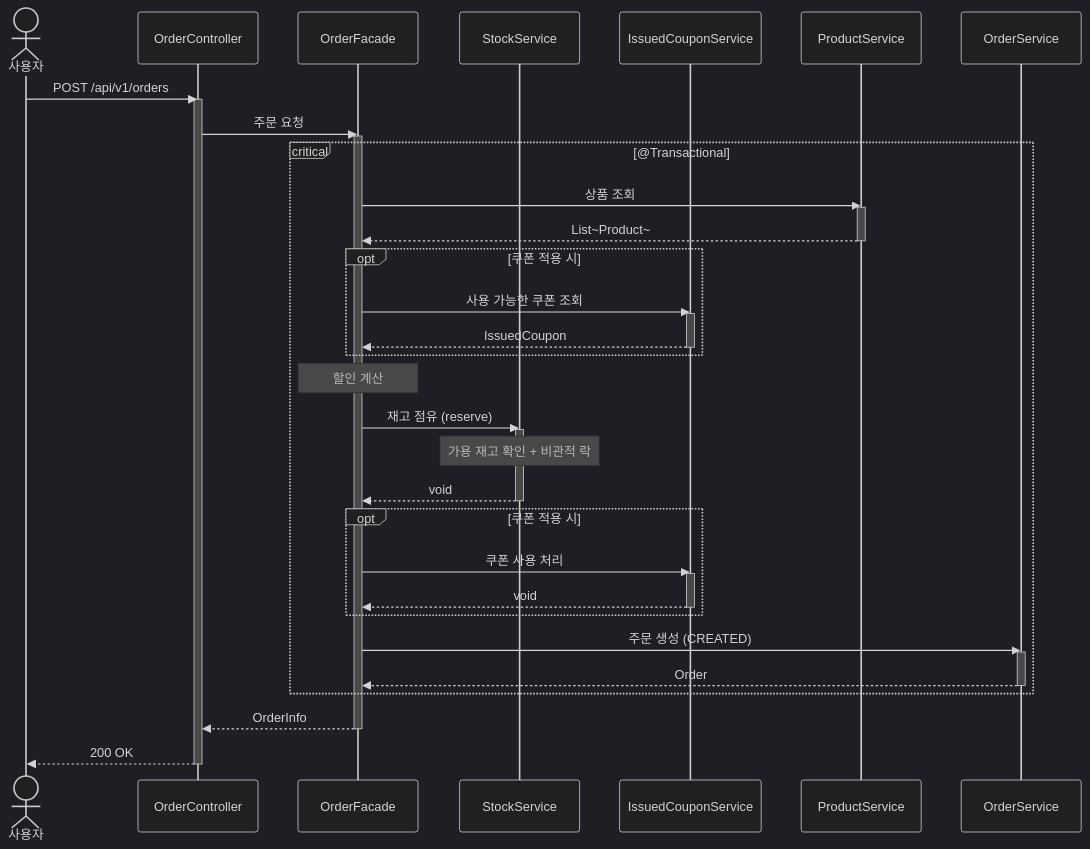
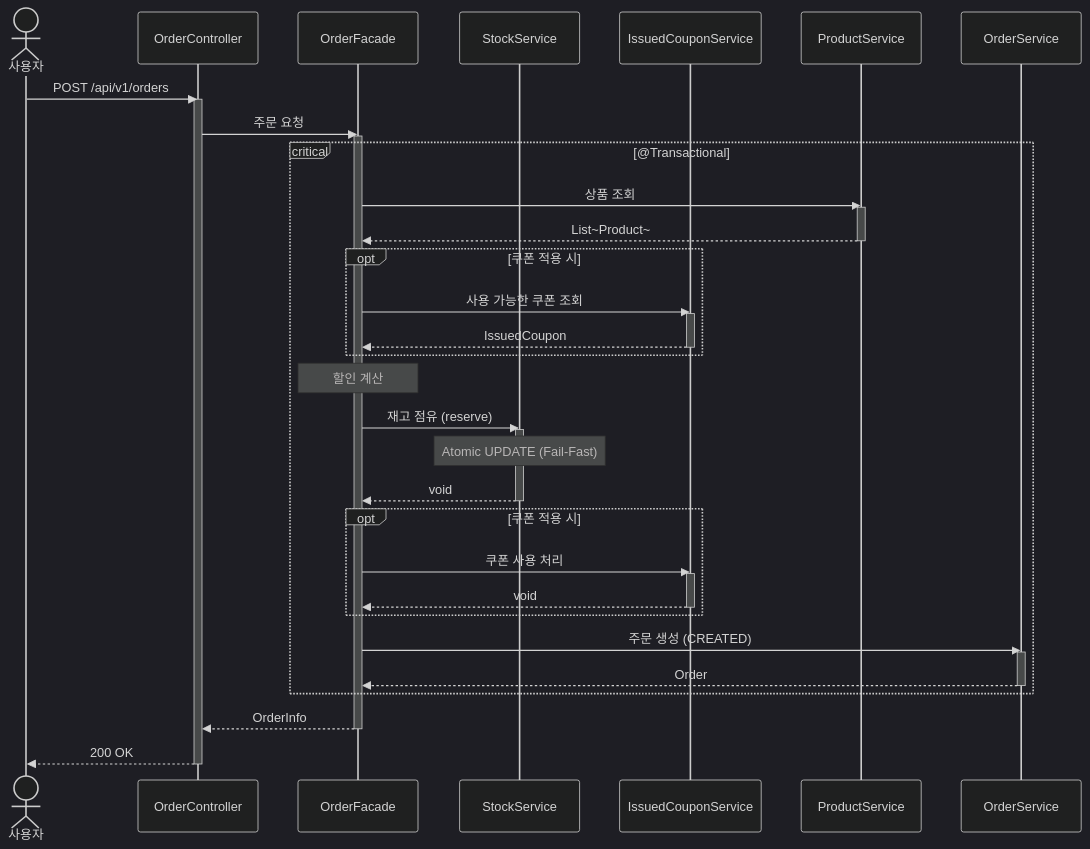
The diagram in docs/design/stock/sequences/001-stock-reserve-confirm.md (Loopers-dev-lab/loop-pack-be-l2-vol3-java), drawn with Mermaid (dark theme) before and after one commit. The commit also changed other lines of this file and 12 other files, not shown here.

First line of the commit message:
refactor: Stock 동시성 제어를 비관적 락에서 Atomic UPDATE로 전환

````diff
--- a/docs/design/stock/sequences/001-stock-reserve-confirm.md
+++ b/docs/design/stock/sequences/001-stock-reserve-confirm.md
@@ -8,54 +8,54 @@
 ```mermaid
 sequenceDiagram
     actor 사용자
     participant OC as OrderController
     participant OF as OrderFacade
     participant SS as StockService
     participant ICS as IssuedCouponService
     participant PS as ProductService
     participant OS as OrderService
 
     사용자->>OC: POST /api/v1/orders
     activate OC
     OC->>OF: 주문 요청
     activate OF
 
     critical @Transactional
         OF->>PS: 상품 조회
         activate PS
         PS-->>OF: List~Product~
         deactivate PS
 
         opt 쿠폰 적용 시
             OF->>ICS: 사용 가능한 쿠폰 조회
             activate ICS
             ICS-->>OF: IssuedCoupon
             deactivate ICS
         end
 
         Note over OF: 할인 계산
 
         OF->>SS: 재고 점유 (reserve)
         activate SS
-        Note over SS: 가용 재고 확인 + 비관적 락
+        Note over SS: Atomic UPDATE (Fail-Fast)
         SS-->>OF: void
         deactivate SS
 
         opt 쿠폰 적용 시
             OF->>ICS: 쿠폰 사용 처리
             activate ICS
             ICS-->>OF: void
             deactivate ICS
         end
 
         OF->>OS: 주문 생성 (CREATED)
         activate OS
         OS-->>OF: Order
         deactivate OS
     end
 
     OF-->>OC: OrderInfo
     deactivate OF
     OC-->>사용자: 200 OK
     deactivate OC
 ```
````
